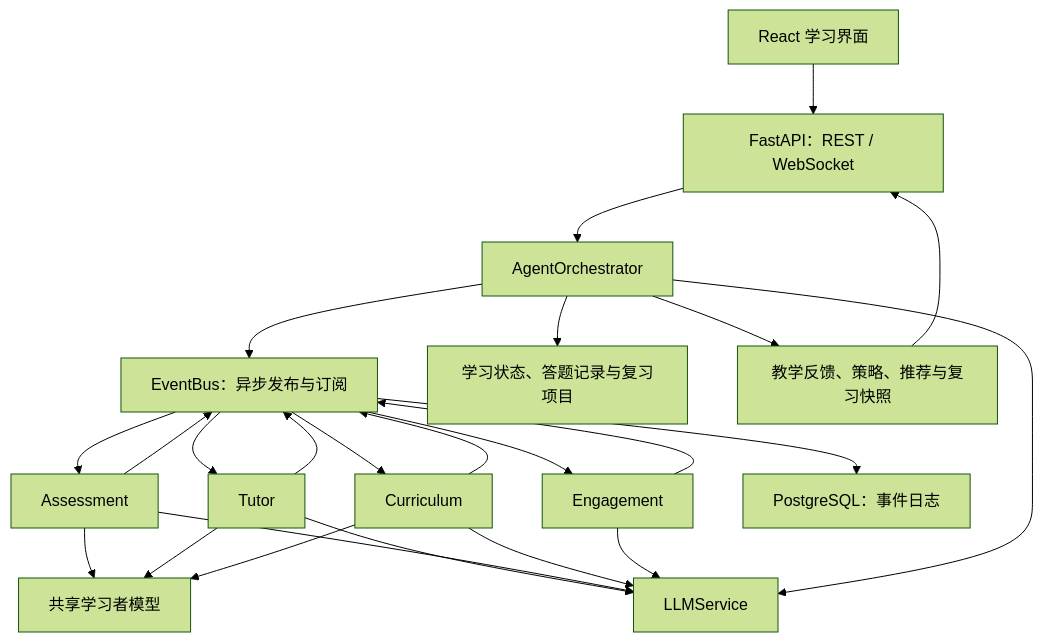
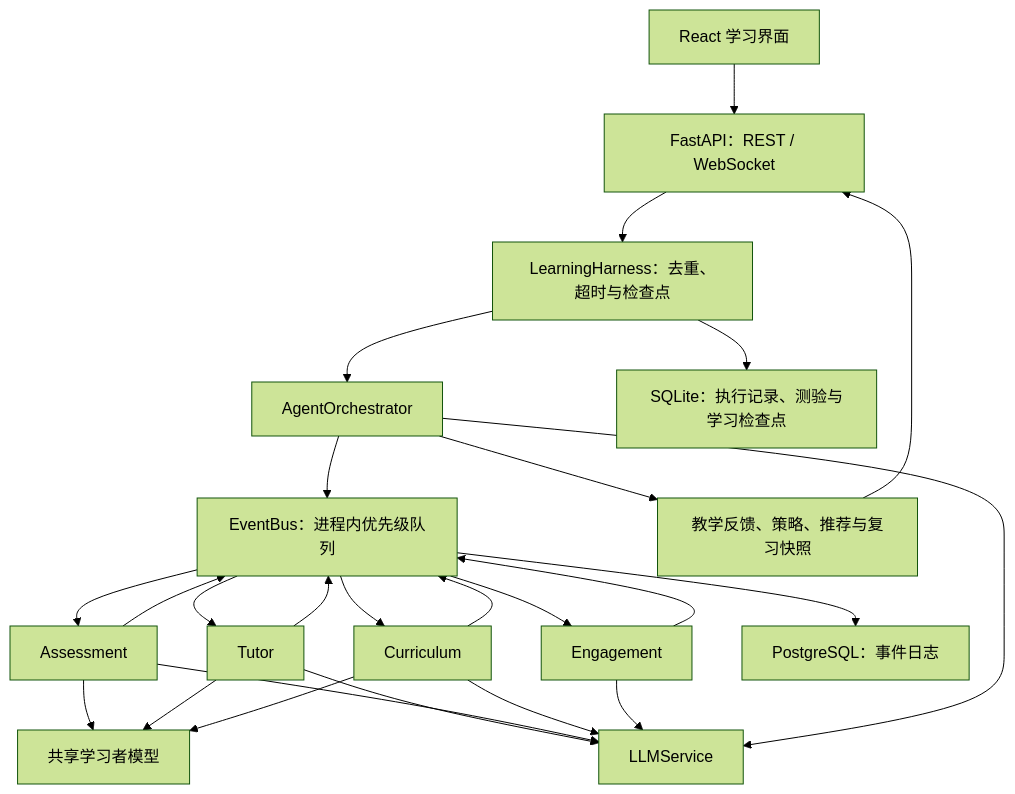
One commit to codedog678/eduagent changed the diagram in README.md. Above: the diagram before and after it, drawn with Mermaid (forest theme). The commit also changed other lines of this file, not shown here.

Commit message:
docs: clarify harness queue storage and recovery boundaries

````diff
--- a/README.md
+++ b/README.md
@@ -63,26 +63,27 @@
 ```mermaid
 flowchart TD
     UI["React 学习界面"] --> API["FastAPI：REST / WebSocket"]
-    API --> ORCH["AgentOrchestrator"]
-    ORCH --> BUS["EventBus：异步发布与订阅"]
+    API --> HARNESS["LearningHarness：去重、超时与检查点"]
+    HARNESS --> ORCH["AgentOrchestrator"]
+    ORCH --> BUS["EventBus：进程内优先级队列"]
     BUS --> A["Assessment"]
     BUS --> T["Tutor"]
     BUS --> C["Curriculum"]
     BUS --> E["Engagement"]
     A --> BUS
     T --> BUS
     C --> BUS
     E --> BUS
     A --> MODEL["共享学习者模型"]
     T --> MODEL
     C --> MODEL
     T --> LLM["LLMService"]
     A --> LLM
     C --> LLM
     E --> LLM
     ORCH --> LLM
     BUS --> DB["PostgreSQL：事件日志"]
-    ORCH --> STATE["学习状态、答题记录与复习项目"]
+    HARNESS --> STATE["SQLite：执行记录、测验与学习检查点"]
     ORCH --> RESULT["教学反馈、策略、推荐与复习快照"]
     RESULT --> API
 ```
````
